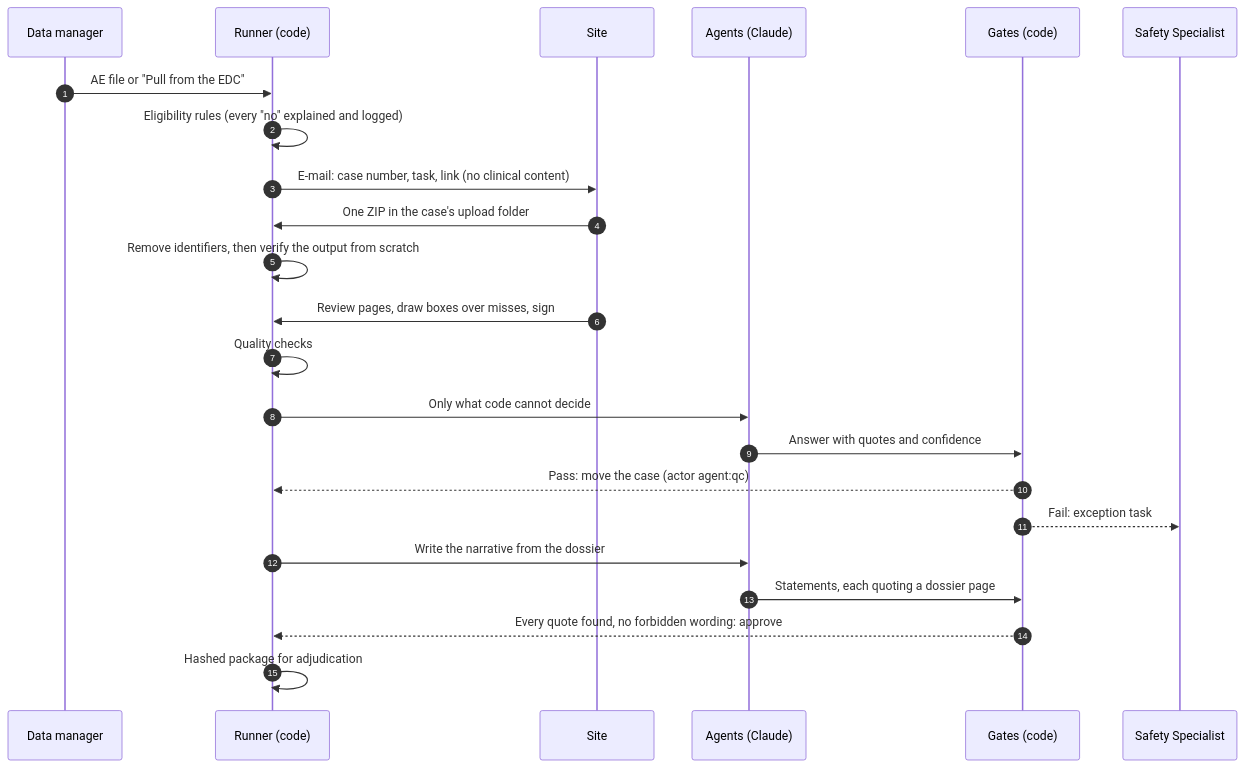
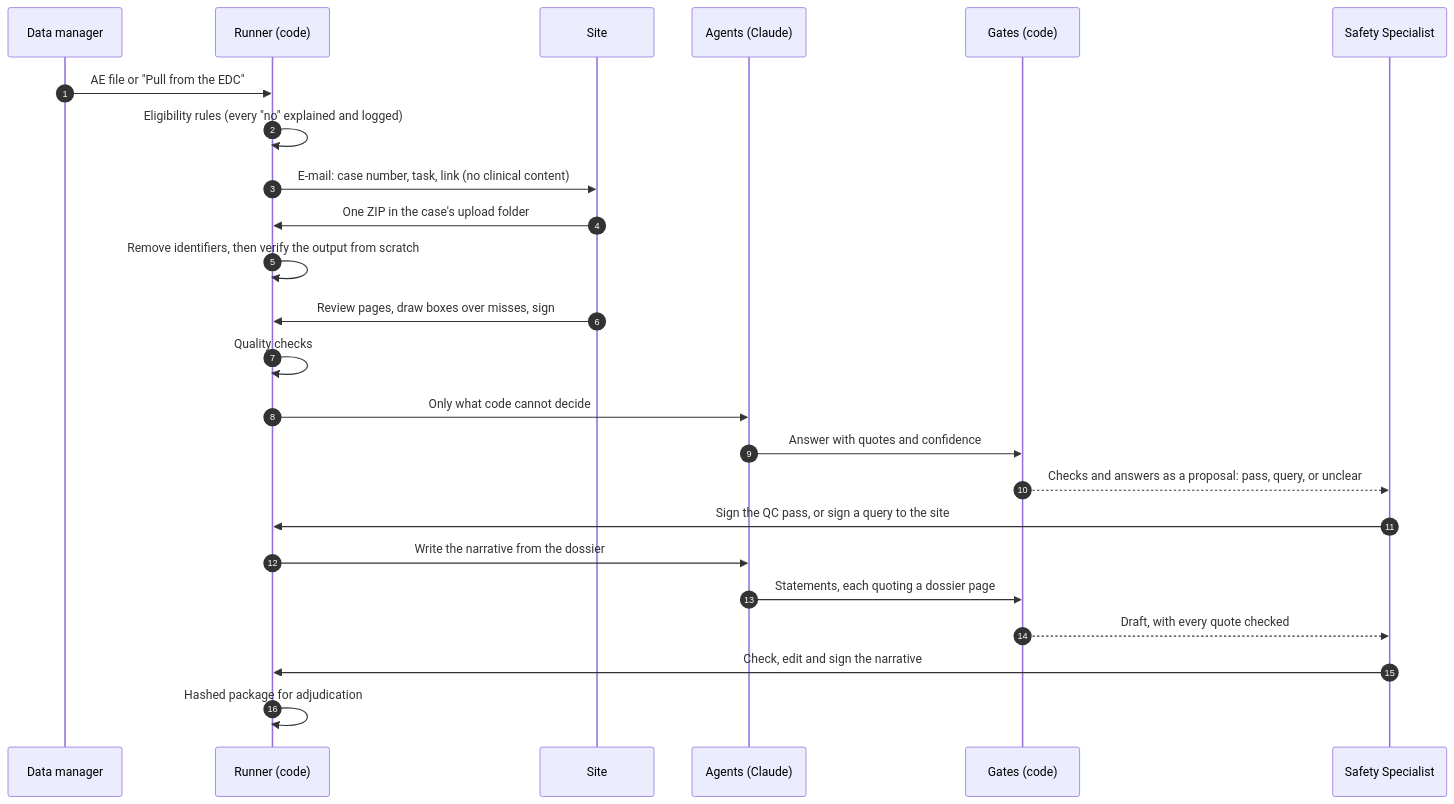
Before and after one commit to juyal-devashish/Agentic-Adjudication: the second of 3 diagrams in README.md, drawn with Mermaid. The commit also changed other lines of this file and 5 other files, not shown here.

````diff
--- a/README.md
+++ b/README.md
@@ -80,25 +80,26 @@
 ```mermaid
 sequenceDiagram
     autonumber
     participant DM as Data manager
     participant R as Runner (code)
     participant S as Site
     participant AG as Agents (Claude)
     participant G as Gates (code)
     participant SS as Safety Specialist
     DM->>R: AE file or "Pull from the EDC"
     R->>R: Eligibility rules (every "no" explained and logged)
     R->>S: E-mail: case number, task, link (no clinical content)
     S->>R: One ZIP in the case's upload folder
     R->>R: Remove identifiers, then verify the output from scratch
     S->>R: Review pages, draw boxes over misses, sign
     R->>R: Quality checks
     R->>AG: Only what code cannot decide
     AG->>G: Answer with quotes and confidence
-    G-->>R: Pass: move the case (actor agent:qc)
-    G-->>SS: Fail: exception task
+    G-->>SS: Checks and answers as a proposal: pass, query, or unclear
+    SS->>R: Sign the QC pass, or sign a query to the site
     R->>AG: Write the narrative from the dossier
     AG->>G: Statements, each quoting a dossier page
-    G-->>R: Every quote found, no forbidden wording: approve
+    G-->>SS: Draft, with every quote checked
+    SS->>R: Check, edit and sign the narrative
     R->>R: Hashed package for adjudication
 ```
````
